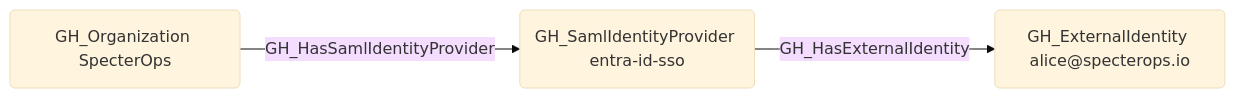
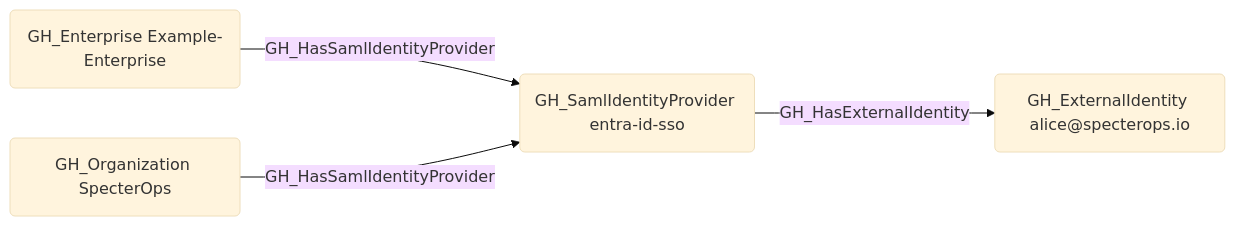
The diagram in Documentation/EdgeDescriptions/GH_HasSamlIdentityProvider.md (SpecterOps/GitHound), drawn with Mermaid (base theme) before and after one commit. The commit also changed other lines of this file and 7 other files, not shown here.

````diff
--- a/Documentation/EdgeDescriptions/GH_HasSamlIdentityProvider.md
+++ b/Documentation/EdgeDescriptions/GH_HasSamlIdentityProvider.md
@@ -12,8 +12,10 @@
 ```mermaid
 graph LR
+    node0("GH_Enterprise Example-Enterprise")
     node1("GH_Organization SpecterOps")
     node2("GH_SamlIdentityProvider entra-id-sso")
     node3("GH_ExternalIdentity alice@specterops.io")
+    node0 -- GH_HasSamlIdentityProvider --> node2
     node1 -- GH_HasSamlIdentityProvider --> node2
     node2 -- GH_HasExternalIdentity --> node3
 ```
````
